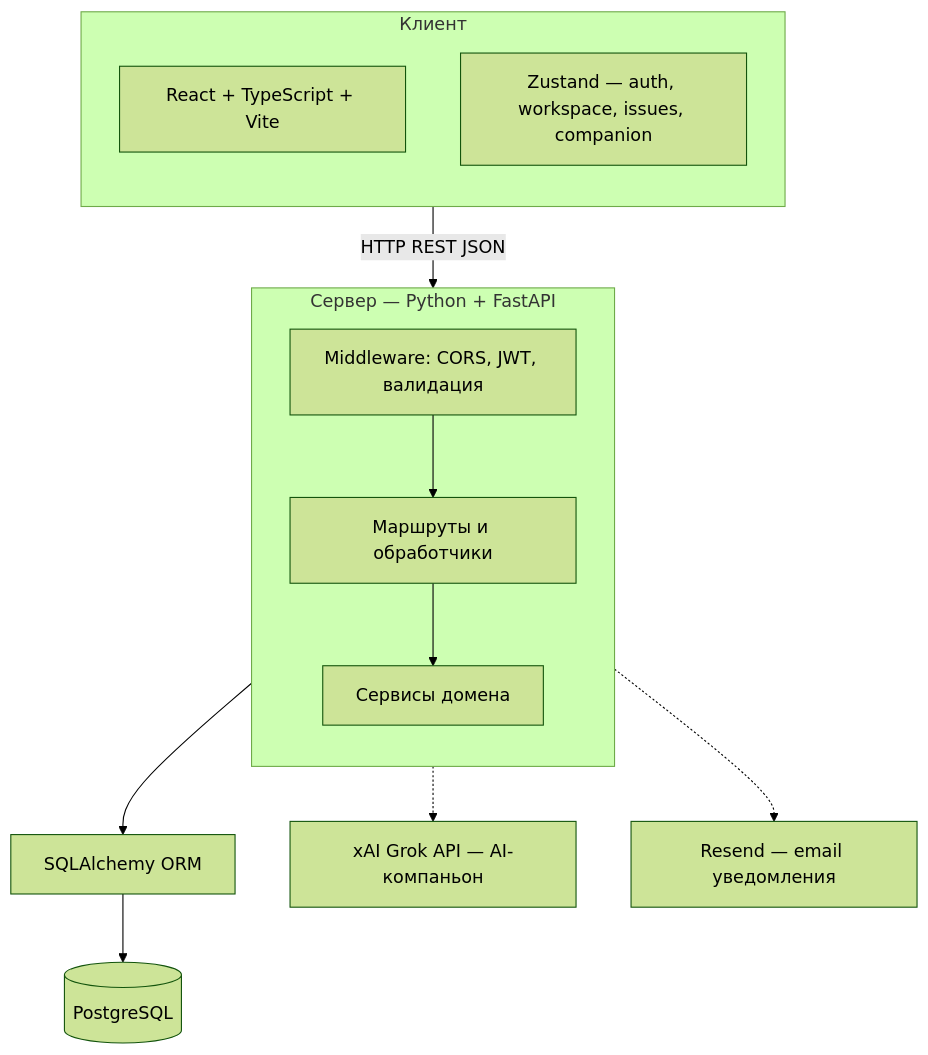
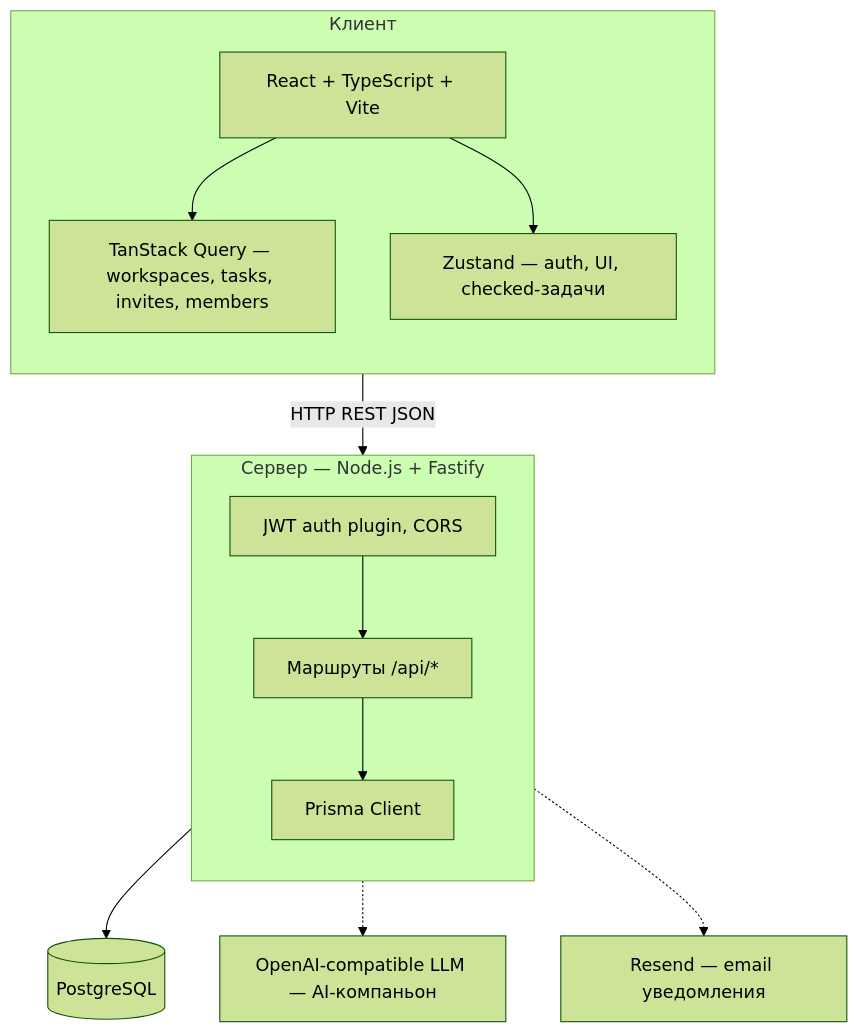
Before and after one commit to Shadowgraph-1/project-K: the first of 2 diagrams in README.md, drawn with Mermaid (forest theme). The commit also changed other lines of this file, not shown here.

````diff
--- a/README.md
+++ b/README.md
@@ -225,27 +228,28 @@
 ```mermaid
 flowchart TB
   subgraph FE["Клиент"]
     direction TB
     FE_STACK["React + TypeScript + Vite"]
-    FE_STATE["Zustand — auth, workspace, issues, companion"]
+    FE_QUERY["TanStack Query — workspaces, tasks, invites, members"]
+    FE_STATE["Zustand — auth, UI, checked-задачи"]
+    FE_STACK --> FE_QUERY
+    FE_STACK --> FE_STATE
   end
 
-  subgraph BE["Сервер — Python + FastAPI"]
+  subgraph BE["Сервер — Node.js + Fastify"]
     direction TB
-    BE_MW["Middleware: CORS, JWT, валидация"]
-    BE_API["Маршруты и обработчики"]
-    BE_SVC["Сервисы домена"]
-    BE_MW --> BE_API --> BE_SVC
+    BE_MW["JWT auth plugin, CORS"]
+    BE_API["Маршруты /api/*"]
+    BE_ORM["Prisma Client"]
+    BE_MW --> BE_API --> BE_ORM
   end
 
-  ORM["SQLAlchemy ORM"]
   DB[(PostgreSQL)]
-  LLM["xAI Grok API — AI-компаньон"]
+  LLM["OpenAI-compatible LLM — AI-компаньон"]
   SMTP["Resend — email уведомления"]
 
   FE -->|"HTTP REST JSON"| BE
-  BE --> ORM
-  ORM --> DB
+  BE_ORM --> DB
   BE -.-> LLM
   BE -.-> SMTP
 ```
````
